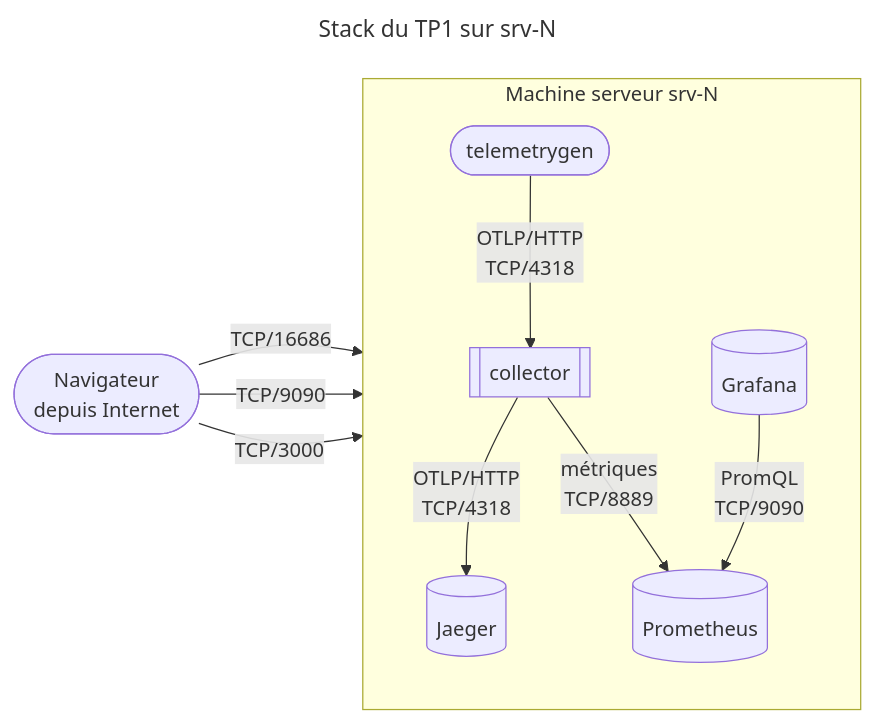
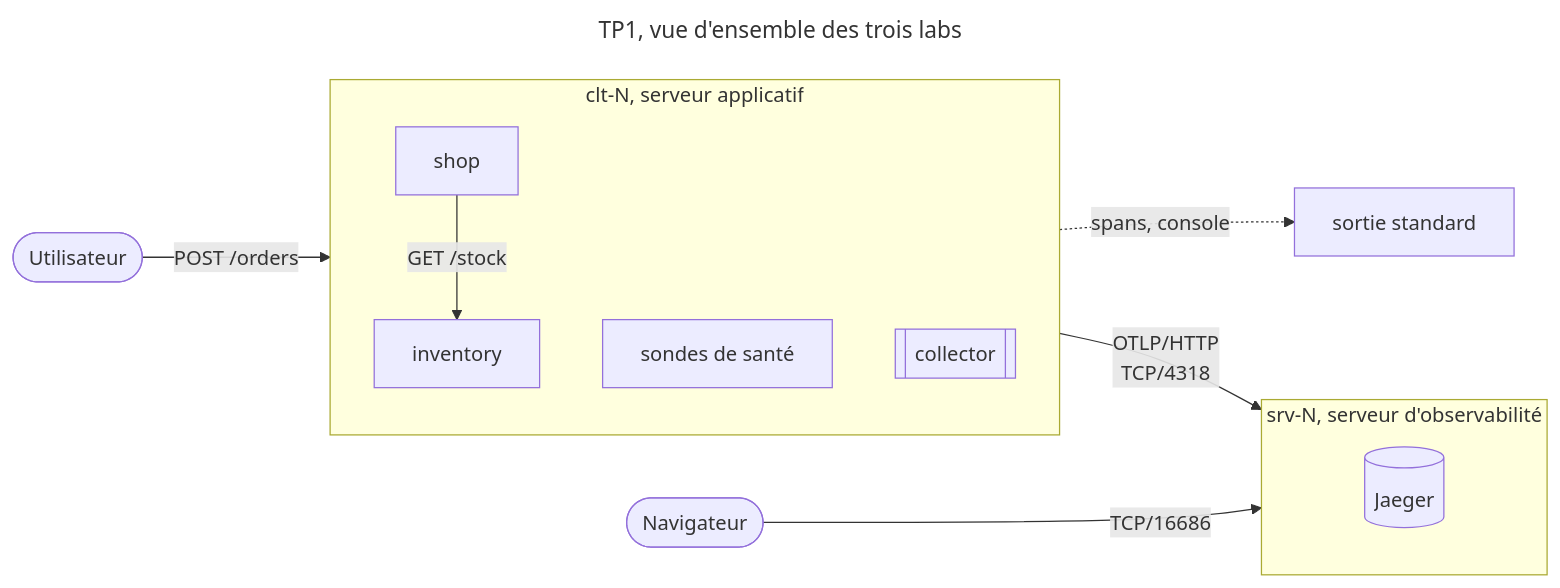
The diagram in Lab_TP01_Socle.md (pragmatic-fermat/opentelemetry-labs), drawn with Mermaid before and after one commit. The commit also changed other lines of this file and 12 other files, not shown here.

````diff
--- a/Lab_TP01_Socle.md
+++ b/Lab_TP01_Socle.md
@@ -100,24 +119,26 @@
 ```mermaid
 ---
-title: Stack du TP1 sur srv-N
+title: TP1, vue d'ensemble des trois labs
 ---
 flowchart LR
-  B([Navigateur<br/>depuis Internet])
+  U([Utilisateur]) -->|POST /orders| S[shop]
+  S -->|GET /stock| I[inventory]
+  S -.->|spans, console| CON[sortie standard]
 
-  subgraph S["Machine serveur srv-N"]
+  subgraph CLT["clt-N, serveur applicatif"]
     direction TB
-    J[(Jaeger)]
-    P[(Prometheus)]
-    G[(Grafana)]
+    S
+    I
+    PR[sondes de santé]
     O[[collector]]
-    T([telemetrygen])
-    O -->|OTLP/HTTP<br/>TCP/4318| J
-    O -->|métriques<br/>TCP/8889| P
-    G -->|PromQL<br/>TCP/9090| P
-    T -->|OTLP/HTTP<br/>TCP/4318| O
   end
 
-  B -->|TCP/16686| J
-  B -->|TCP/9090| P
-  B -->|TCP/3000| G
+  O -->|OTLP/HTTP<br/>TCP/4318| J[(Jaeger)]
+
+  subgraph SRV["srv-N, serveur d'observabilité"]
+    direction TB
+    J
+  end
+
+  B([Navigateur]) -->|TCP/16686| J
 ```
````
